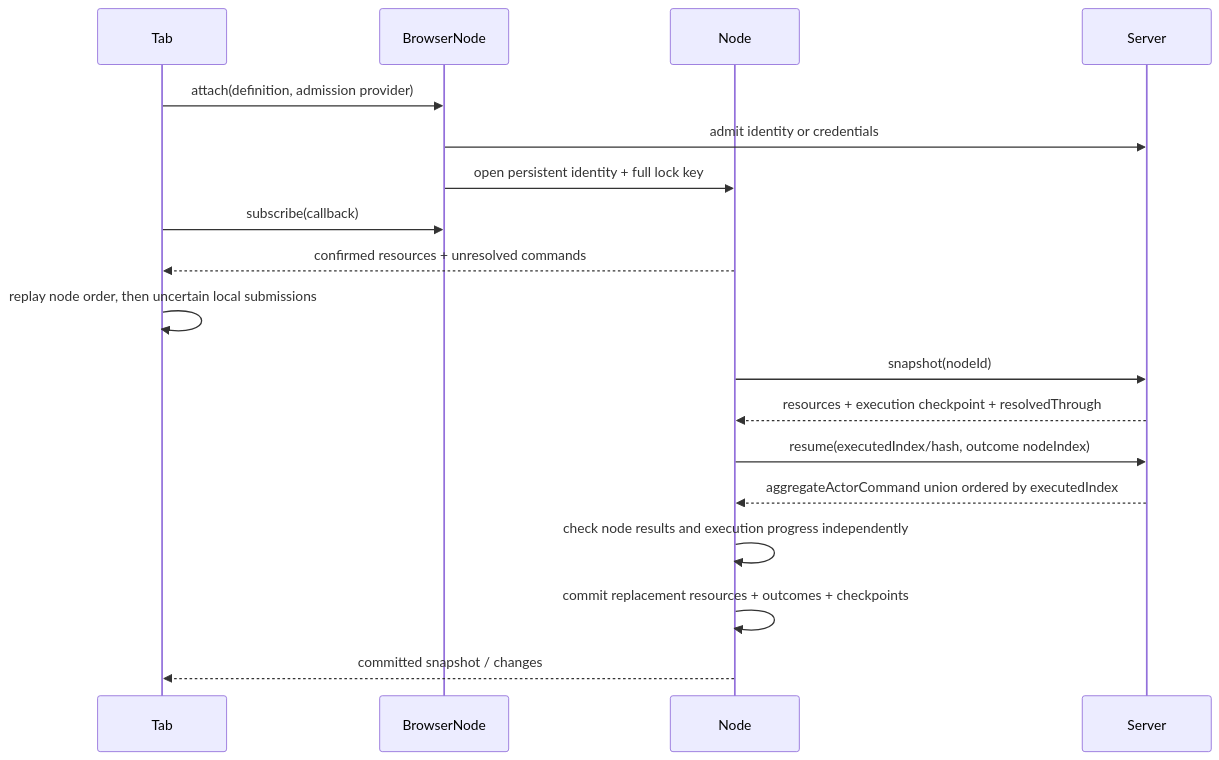
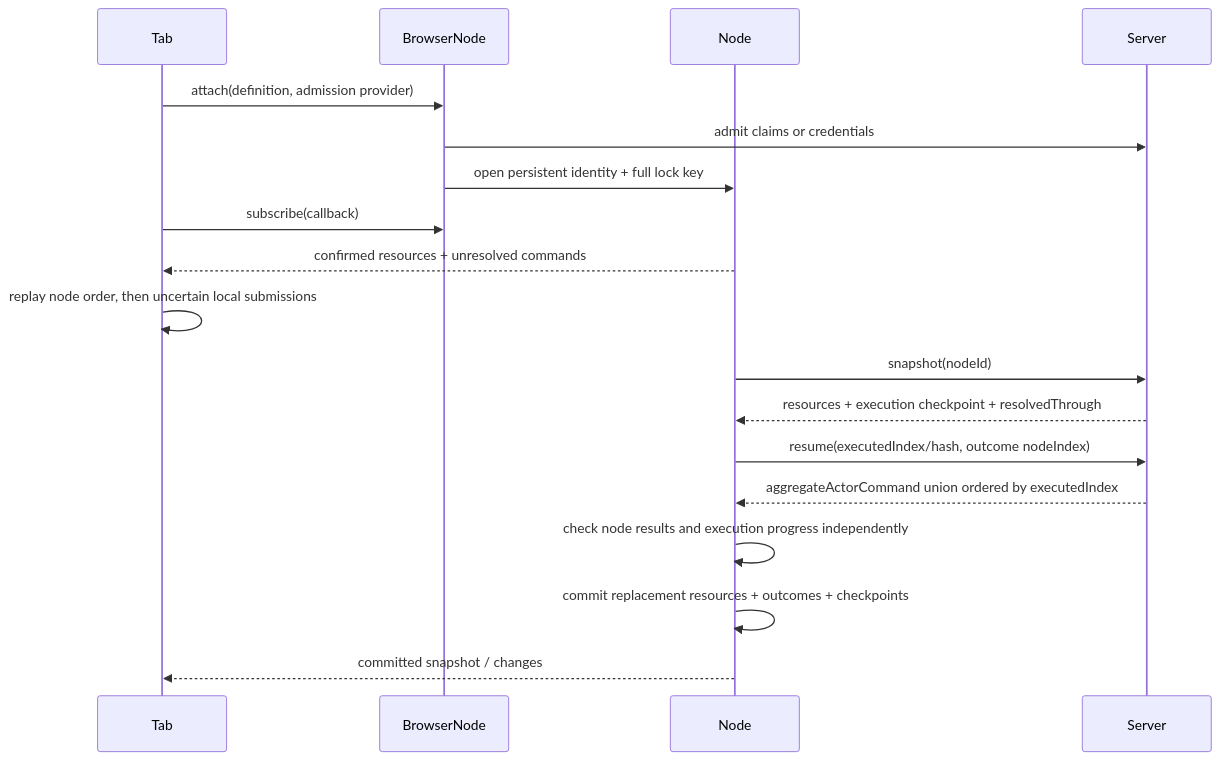
One commit to morgs32/qrk.sh changed the diagram in wiki/architecture/browser/bootstrapBrowserSession.md. Above: the diagram before and after it, drawn with Mermaid. The commit also changed other lines of this file and 367 other files, not shown here.

````diff
--- a/wiki/architecture/browser/bootstrapBrowserSession.md
+++ b/wiki/architecture/browser/bootstrapBrowserSession.md
@@ -23,20 +23,20 @@
 ```mermaid
 sequenceDiagram
   participant Tab
   participant BrowserNode
   participant Node
   participant Server
   Tab->>BrowserNode: attach(definition, admission provider)
-  BrowserNode->>Server: admit identity or credentials
+  BrowserNode->>Server: admit claims or credentials
   BrowserNode->>Node: open persistent identity + full lock key
   Tab->>BrowserNode: subscribe(callback)
   Node-->>Tab: confirmed resources + unresolved commands
   Tab->>Tab: replay node order, then uncertain local submissions
   Node->>Server: snapshot(nodeId)
   Server-->>Node: resources + execution checkpoint + resolvedThrough
   Node->>Server: resume(executedIndex/hash, outcome nodeIndex)
   Server-->>Node: aggregateActorCommand union ordered by executedIndex
   Node->>Node: check node results and execution progress independently
   Node->>Node: commit replacement resources + outcomes + checkpoints
   Node-->>Tab: committed snapshot / changes
 ```
````
